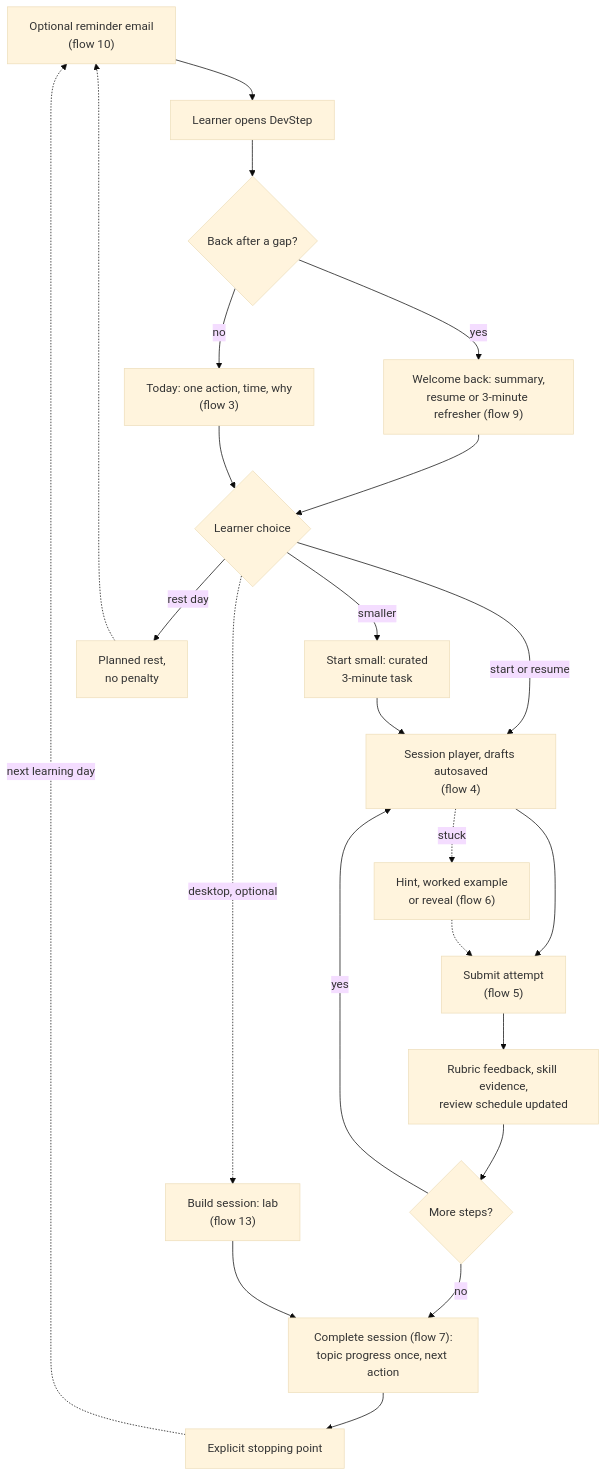
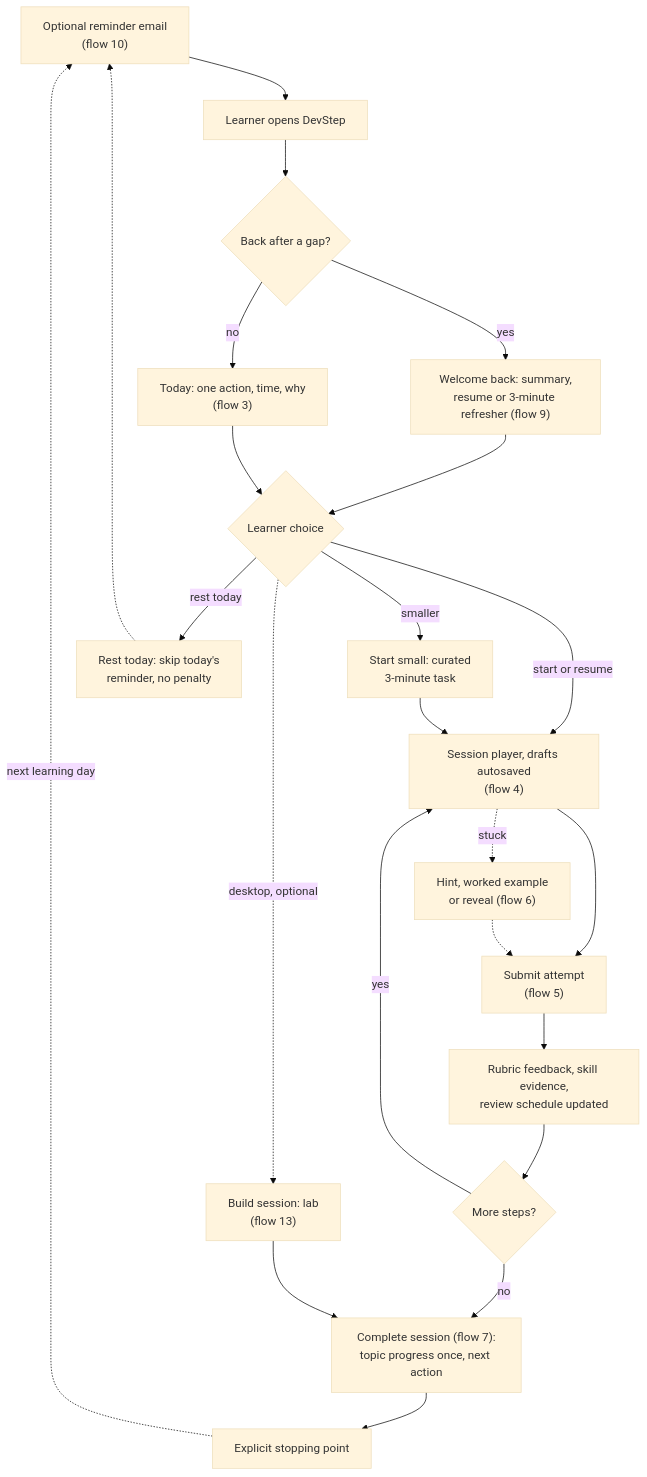
The first of 19 diagrams in devstep/docs/03-key-flows.md (GhanshyamSoni68/app_idea), drawn with Mermaid (base theme) before and after one commit. The commit also changed other lines of this file and 8 other files, not shown here.

````diff
--- a/devstep/docs/03-key-flows.md
+++ b/devstep/docs/03-key-flows.md
@@ -81,25 +84,25 @@
 ```mermaid
 flowchart TD
     REM["Optional reminder email<br/>(flow 10)"] --> OPEN["Learner opens DevStep"]
     OPEN --> GAP{"Back after a gap?"}
     GAP -->|"yes"| WB["Welcome back: summary,<br/>resume or 3-minute refresher (flow 9)"]
     GAP -->|"no"| TODAY["Today: one action, time, why<br/>(flow 3)"]
     WB --> PICK{"Learner choice"}
     TODAY --> PICK
     PICK -->|"start or resume"| SESS["Session player, drafts autosaved<br/>(flow 4)"]
     PICK -->|"smaller"| SMALL["Start small: curated<br/>3-minute task"]
-    PICK -->|"rest day"| REST["Planned rest,<br/>no penalty"]
+    PICK -->|"rest today"| REST["Rest today: skip today's<br/>reminder, no penalty"]
     PICK -.->|"desktop, optional"| LAB["Build session: lab<br/>(flow 13)"]
     SMALL --> SESS
     SESS --> ATT["Submit attempt<br/>(flow 5)"]
     SESS -.->|"stuck"| HELP["Hint, worked example<br/>or reveal (flow 6)"]
     HELP -.-> ATT
     ATT --> EVID["Rubric feedback, skill evidence,<br/>review schedule updated"]
     EVID --> MORE{"More steps?"}
     MORE -->|"yes"| SESS
     MORE -->|"no"| DONE["Complete session (flow 7):<br/>topic progress once, next action"]
     LAB --> DONE
     DONE --> STOP["Explicit stopping point"]
     STOP -.->|"next learning day"| REM
     REST -.-> REM
 ```
````
